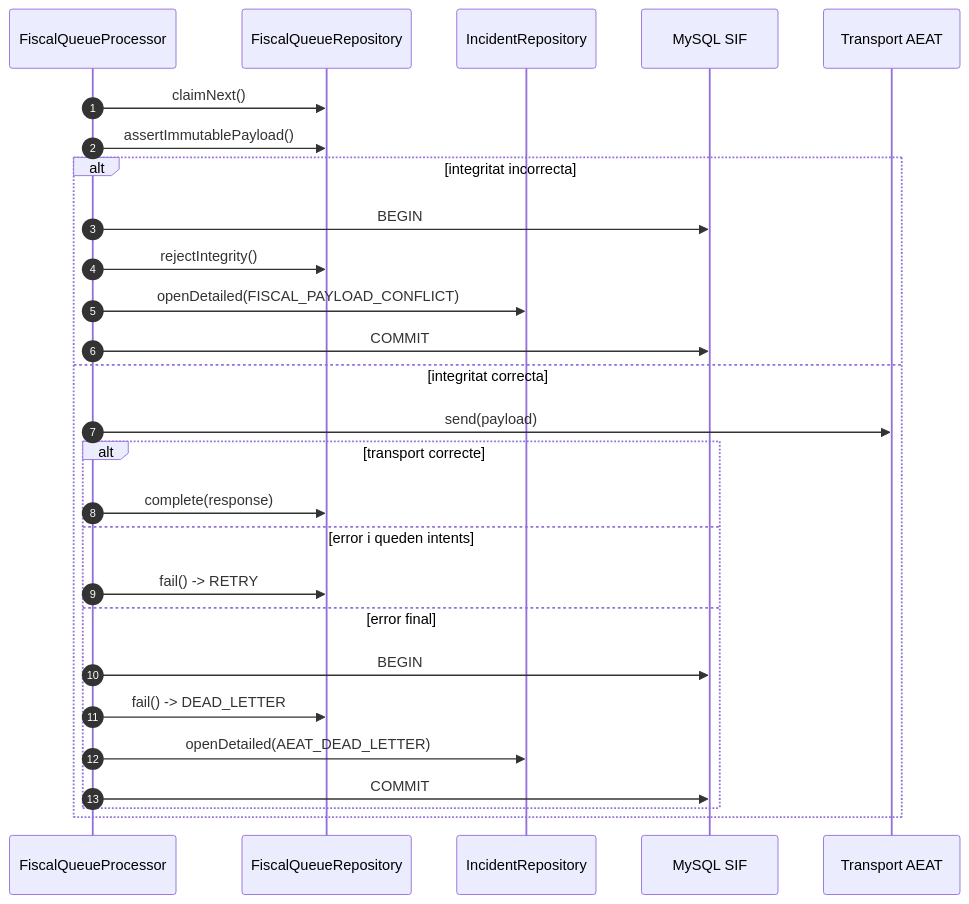
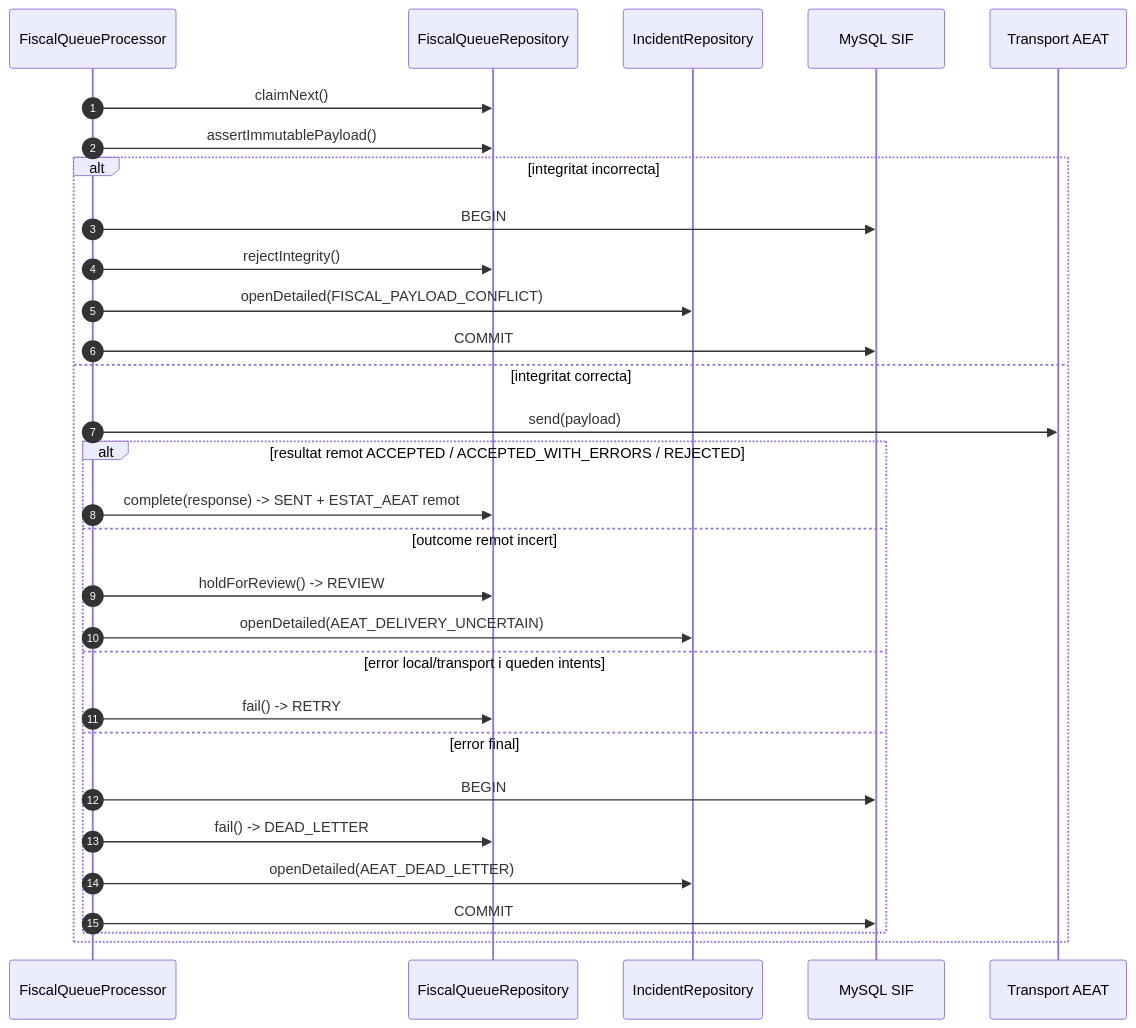
Before and after one commit to orgmeriemprismacat-del/verifactu: the second of 7 diagrams in documentacio/07-uml-integrat/uc-008-sequencies-actual-final.md, drawn with Mermaid. The commit also changed other lines of this file, not shown here.

````diff
--- a/documentacio/07-uml-integrat/uc-008-sequencies-actual-final.md
+++ b/documentacio/07-uml-integrat/uc-008-sequencies-actual-final.md
@@ -42,30 +51,33 @@
 ```mermaid
 sequenceDiagram
 autonumber
 participant P as FiscalQueueProcessor
 participant Q as FiscalQueueRepository
 participant I as IncidentRepository
 participant DB as MySQL SIF
 participant A as Transport AEAT
 
 P->>Q: claimNext()
 P->>Q: assertImmutablePayload()
 alt integritat incorrecta
   P->>DB: BEGIN
   P->>Q: rejectIntegrity()
   P->>I: openDetailed(FISCAL_PAYLOAD_CONFLICT)
   P->>DB: COMMIT
 else integritat correcta
   P->>A: send(payload)
-  alt transport correcte
-    P->>Q: complete(response)
-  else error i queden intents
+  alt resultat remot ACCEPTED / ACCEPTED_WITH_ERRORS / REJECTED
+    P->>Q: complete(response) -> SENT + ESTAT_AEAT remot
+  else outcome remot incert
+    P->>Q: holdForReview() -> REVIEW
+    P->>I: openDetailed(AEAT_DELIVERY_UNCERTAIN)
+  else error local/transport i queden intents
     P->>Q: fail() -> RETRY
   else error final
     P->>DB: BEGIN
     P->>Q: fail() -> DEAD_LETTER
     P->>I: openDetailed(AEAT_DEAD_LETTER)
     P->>DB: COMMIT
   end
 end
 ```
````
